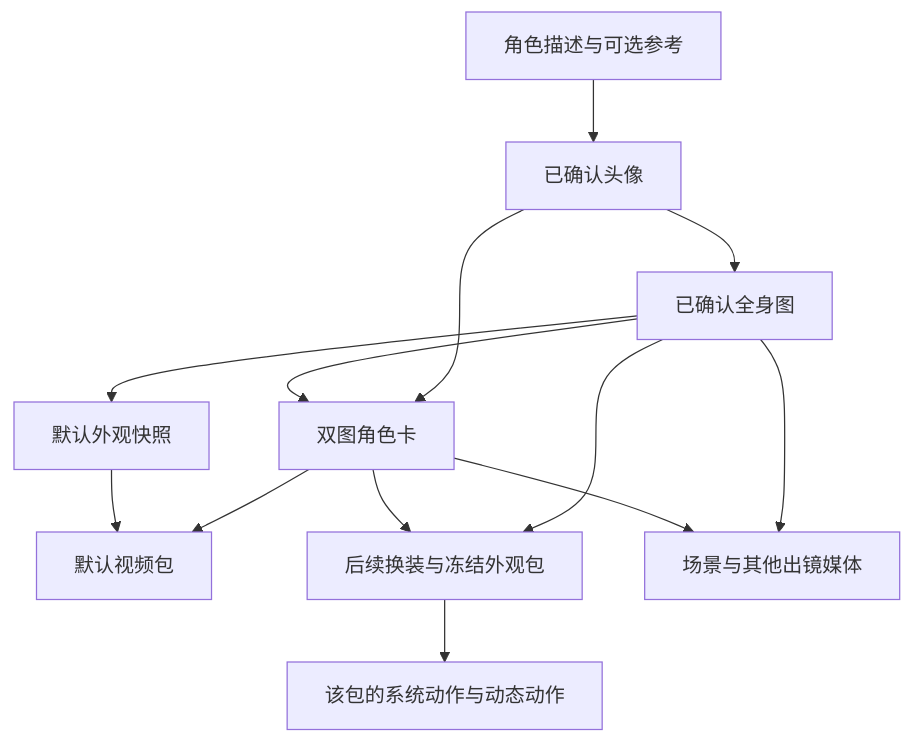
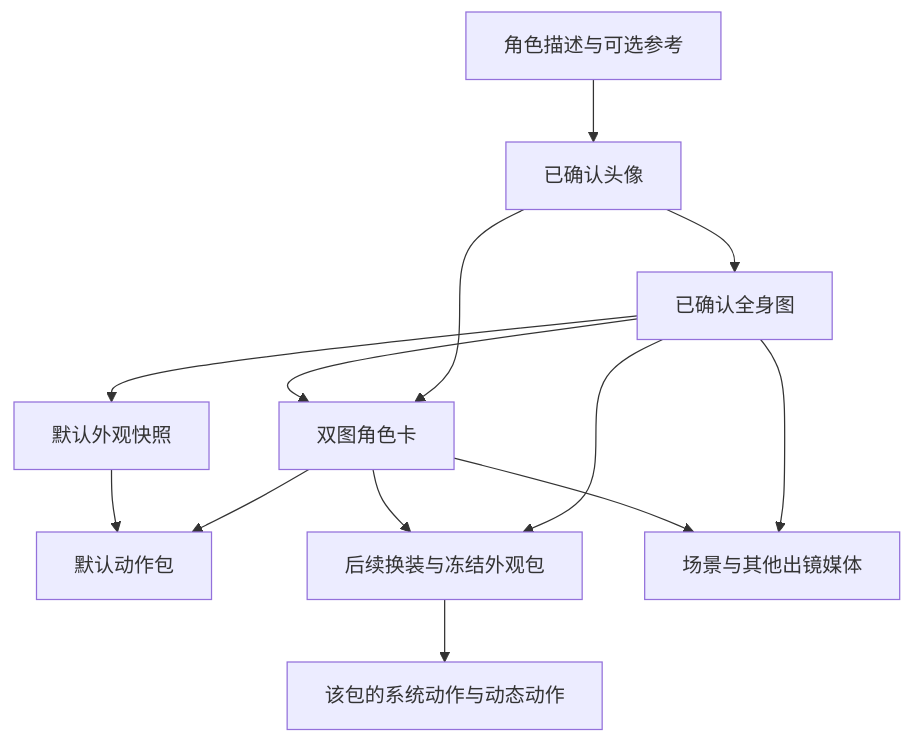
The first of 2 diagrams in docs/PIPELINE.md (yangjinming1062/SpiritAgent), drawn with Mermaid before and after one commit. The commit also changed other lines of this file and 62 other files, not shown here.

First line of the commit message:
refactor(backend,client): 动作包区分图片与视频并将拖拽改为静态图片

````diff
--- a/docs/PIPELINE.md
+++ b/docs/PIPELINE.md
@@ -7,15 +7,15 @@
 ```mermaid
 flowchart TD
     Input[角色描述与可选参考] --> Avatar[已确认头像]
     Avatar --> Full[已确认全身图]
     Avatar --> Card[双图角色卡]
     Full --> Card
     Full --> Default[默认外观快照]
-    Card --> Video[默认视频包]
+    Card --> Video[默认动作包]
     Default --> Video
     Full --> Outfit[后续换装与冻结外观包]
     Card --> Outfit
     Outfit --> Action[该包的系统动作与动态动作]
     Full --> Scene[场景与其他出镜媒体]
     Card --> Scene
 ```
````
